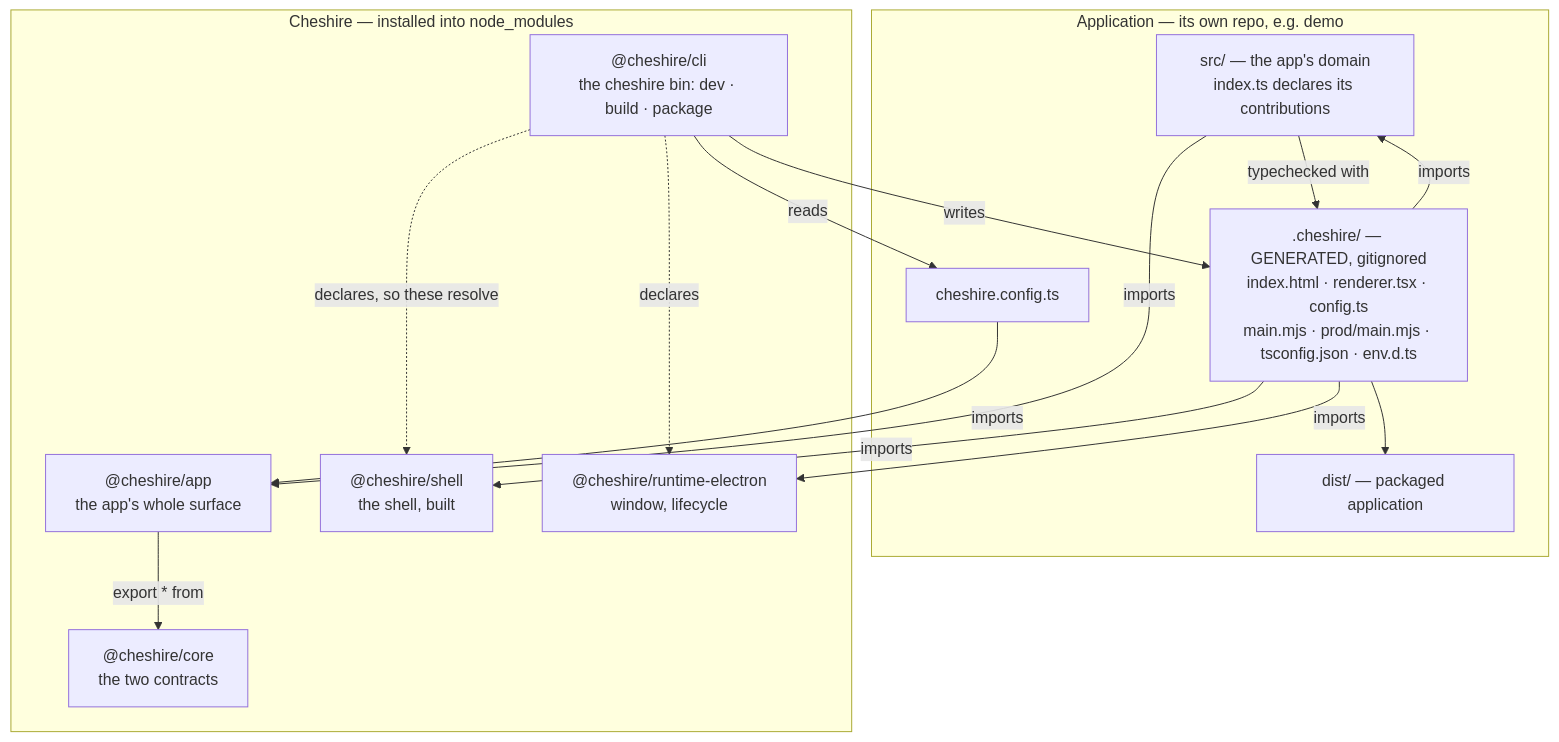
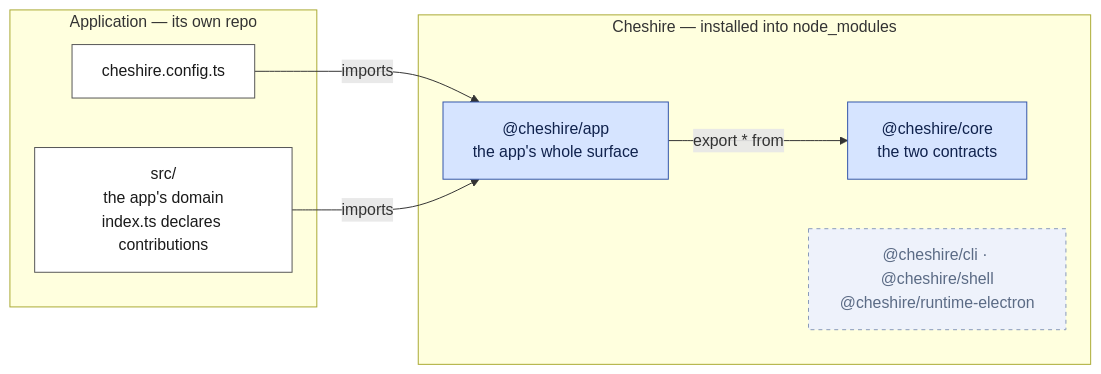
One commit to meersajidh/cheshire changed the second of 6 diagrams in docs/references/framework-architecture.md. Above: the diagram before and after it, drawn with Mermaid. The commit also changed other lines of this file, not shown here.

````diff
--- a/docs/references/framework-architecture.md
+++ b/docs/references/framework-architecture.md
@@ -92,28 +75,26 @@
 ```mermaid
-flowchart TD
-  subgraph APP["Application — its own repo, e.g. demo"]
+flowchart LR
+
+subgraph APP["Application — its own repo"]
     CFG["cheshire.config.ts"]
-    SRC["src/ — the app's domain<br/>index.ts declares its contributions"]
-    GEN[".cheshire/ — GENERATED, gitignored<br/>index.html · renderer.tsx · config.ts<br/>main.mjs · prod/main.mjs · tsconfig.json · env.d.ts"]
-    OUT["dist/ — packaged application"]
-  end
-  subgraph FW["Cheshire — installed into node_modules"]
+    SRC["src/<br/>the app's domain<br/>index.ts declares contributions"]
+end
+
+subgraph FW["Cheshire — installed into node_modules"]
     APPPKG["@cheshire/app<br/>the app's whole surface"]
-    CLI["@cheshire/cli<br/>the cheshire bin: dev · build · package"]
     CORE["@cheshire/core<br/>the two contracts"]
-    WB["@cheshire/shell<br/>the shell, built"]
-    RT["@cheshire/runtime-electron<br/>window, lifecycle"]
-  end
-  CFG -->|imports| APPPKG
-  SRC -->|imports| APPPKG
-  APPPKG -->|export * from| CORE
-  CLI -->|reads| CFG
-  CLI -->|writes| GEN
-  CLI -.->|declares, so these resolve| WB
-  CLI -.->|declares| RT
-  GEN -->|imports| WB
-  GEN -->|imports| RT
-  GEN -->|imports| SRC
-  SRC -->|typechecked with| GEN
-  GEN --> OUT
+    REST["@cheshire/cli · @cheshire/shell<br/>@cheshire/runtime-electron"]
+end
+
+CFG -->|imports| APPPKG
+SRC -->|imports| APPPKG
+APPPKG -->|export * from| CORE
+
+classDef appfile   fill:#ffffff,stroke:#555555,color:#1a1a1a;
+classDef package   fill:#d6e4ff,stroke:#3355aa,color:#10224d;
+classDef unimported fill:#eef2fb,stroke:#8899bb,color:#5b6b85,stroke-dasharray:4 4;
+
+class CFG,SRC appfile;
+class APPPKG,CORE package;
+class REST unimported;
 ```
````
